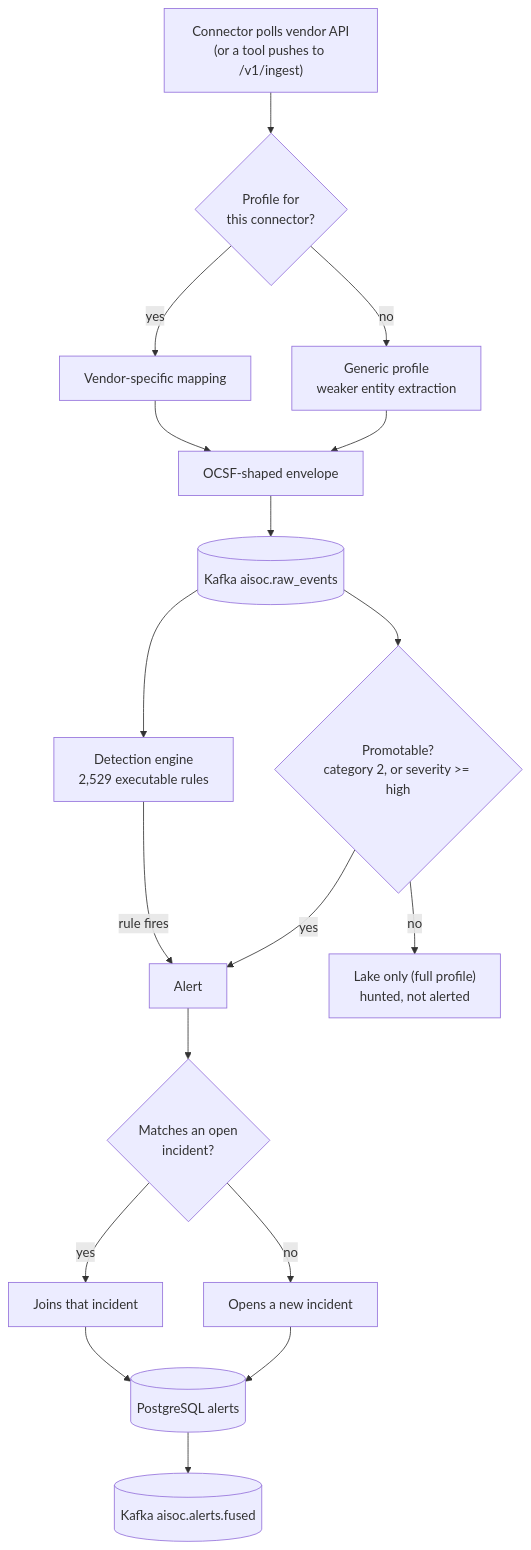
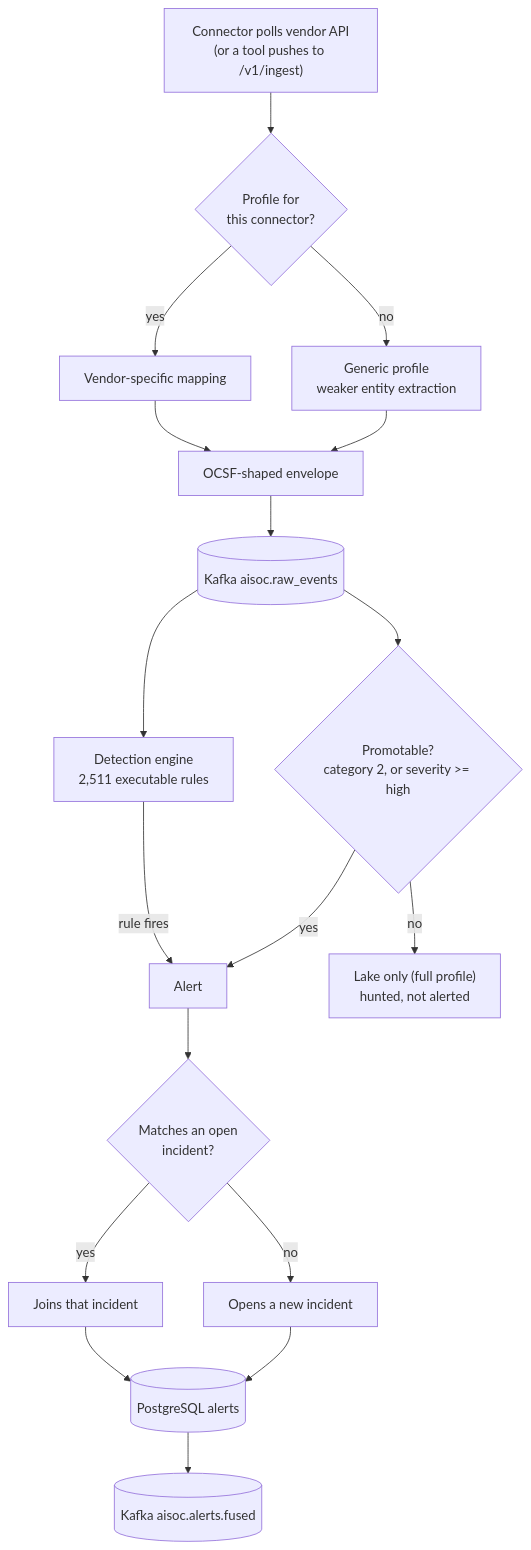
The fifth of 5 diagrams in docs/architecture/README.md (beenuar/AiSOC), drawn with Mermaid before and after one commit. The commit also changed other lines of this file and 13 other files, not shown here.

First line of the commit message:
docs: carry the corrected detection figure through every surface

````diff
--- a/docs/architecture/README.md
+++ b/docs/architecture/README.md
@@ -276,20 +276,20 @@
 ```mermaid
 flowchart TD
     A["Connector polls vendor API<br/>(or a tool pushes to /v1/ingest)"] --> B{"Profile for<br/>this connector?"}
     B -->|yes| C["Vendor-specific mapping"]
     B -->|no| D["Generic profile<br/>weaker entity extraction"]
     C --> E["OCSF-shaped envelope"]
     D --> E
     E --> F[("Kafka aisoc.raw_events")]
-    F --> G["Detection engine<br/>2,529 executable rules"]
+    F --> G["Detection engine<br/>2,511 executable rules"]
     F --> H{"Promotable?<br/>category 2, or severity >= high"}
     G -->|rule fires| I["Alert"]
     H -->|yes| I
     H -->|no| J["Lake only (full profile)<br/>hunted, not alerted"]
     I --> K{"Matches an open<br/>incident?"}
     K -->|yes| L["Joins that incident"]
     K -->|no| M["Opens a new incident"]
     L --> N[("PostgreSQL alerts")]
     M --> N
     N --> O[("Kafka aisoc.alerts.fused")]
 ```
````
